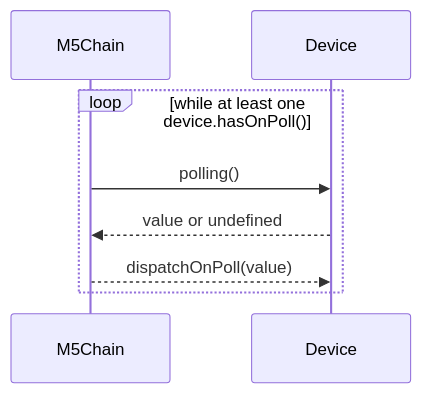
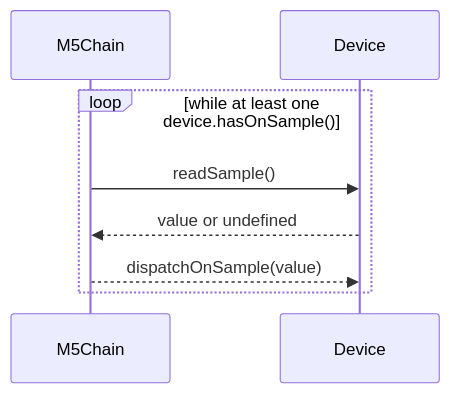
Before and after one commit to stc1988/moddable-m5chain: the third of 3 diagrams in AGENTS.md, drawn with Mermaid. The commit also changed other lines of this file and 16 other files, not shown here.

````diff
--- a/AGENTS.md
+++ b/AGENTS.md
@@ -132,10 +142,10 @@
 ```mermaid
 sequenceDiagram
   participant M5Chain
   participant Device
-  loop while at least one device.hasOnPoll()
-    M5Chain->>Device: polling()
+  loop while at least one device.hasOnSample()
+    M5Chain->>Device: readSample()
     Device-->>M5Chain: value or undefined
-    M5Chain-->>Device: dispatchOnPoll(value)
+    M5Chain-->>Device: dispatchOnSample(value)
   end
 ```
````
